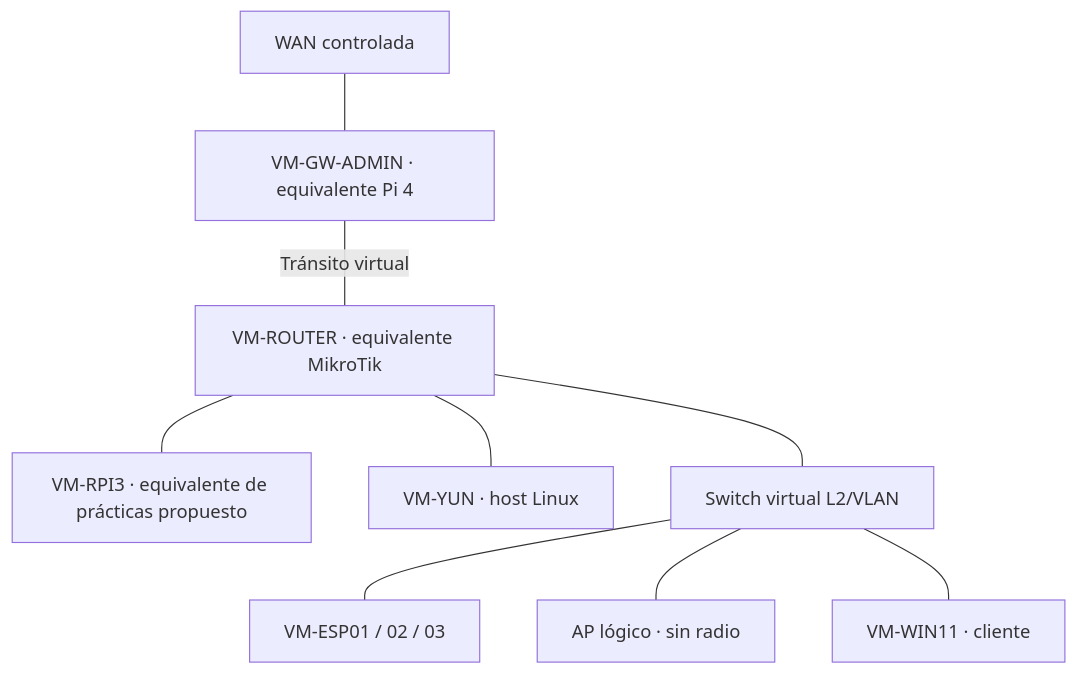
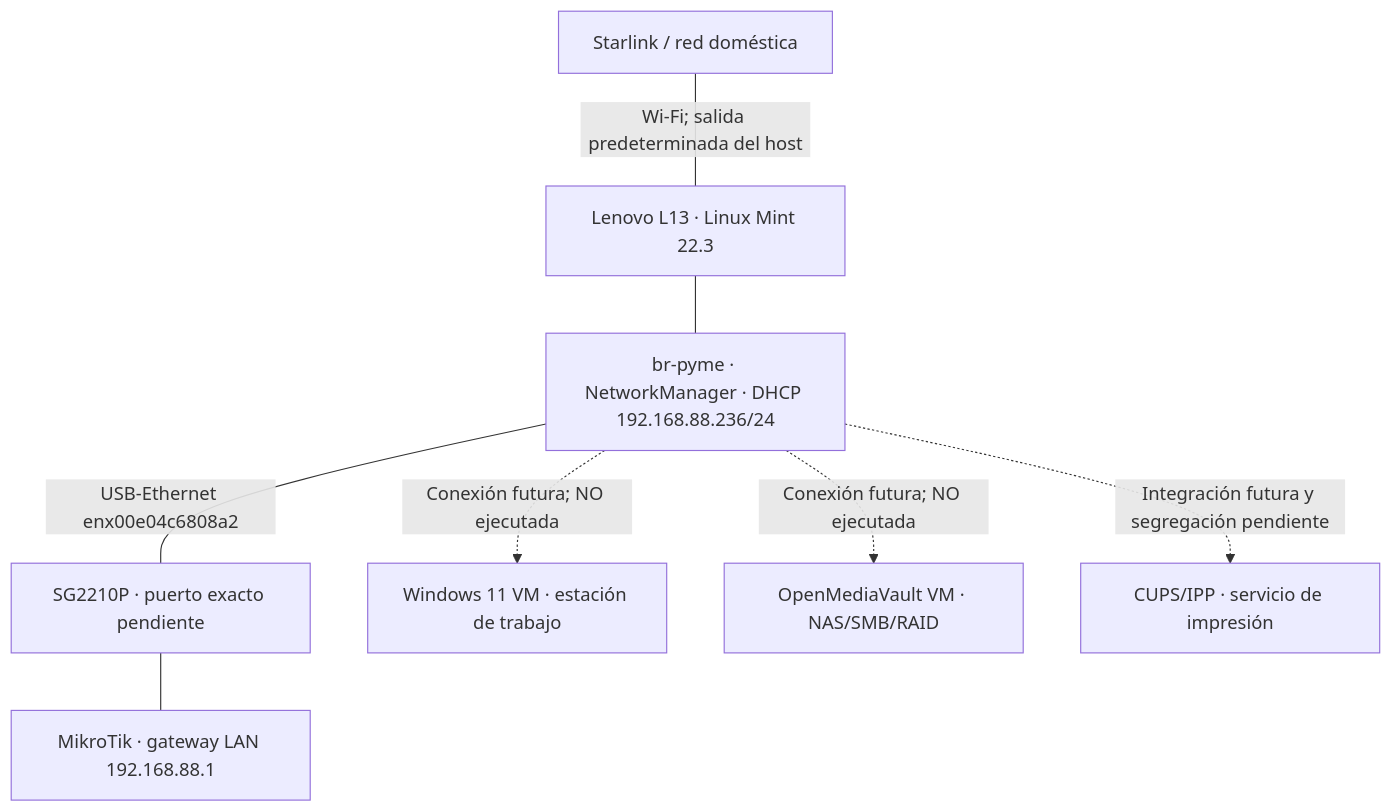
Before and after one commit to p0p1as71/gestor-redes-laboratorio: the diagram in laboratorio-virtual/lenovo-l13/README.md, drawn with Mermaid. The commit also changed other lines of this file and 1 other file, not shown here.

First line of the commit message:
docs: sustituir tablas y arquitectura obsoletas del README Lenovo (#17)

````diff
--- a/laboratorio-virtual/lenovo-l13/README.md
+++ b/laboratorio-virtual/lenovo-l13/README.md
@@ -11,11 +9,10 @@
 ```mermaid
 flowchart TD
-    WAN["WAN controlada"] --- GW["VM-GW-ADMIN · equivalente Pi 4"]
-    GW ---|"Tránsito virtual"| R["VM-ROUTER · equivalente MikroTik"]
-    R --- P3["VM-RPI3 · equivalente de prácticas propuesto"]
-    R --- Y["VM-YUN · host Linux"]
-    R --- SW["Switch virtual L2/VLAN"]
-    SW --- E["VM-ESP01 / 02 / 03"]
-    SW --- AP["AP lógico · sin radio"]
-    SW --- W["VM-WIN11 · cliente"]
+    STAR["Starlink / red doméstica"] ---|"Wi-Fi; salida predeterminada del host"| HOST["Lenovo L13 · Linux Mint 22.3"]
+    HOST --- BR["br-pyme · NetworkManager · DHCP 192.168.88.236/24"]
+    BR ---|"USB-Ethernet enx00e04c6808a2"| SW["SG2210P · puerto exacto pendiente"]
+    SW --- M["MikroTik · gateway LAN 192.168.88.1"]
+    BR -.->|"Conexión futura; NO ejecutada"| WIN["Windows 11 VM · estación de trabajo"]
+    BR -.->|"Conexión futura; NO ejecutada"| OMV["OpenMediaVault VM · NAS/SMB/RAID"]
+    BR -.->|"Integración futura y segregación pendiente"| CUPS["CUPS/IPP · servicio de impresión"]
 ```
````
